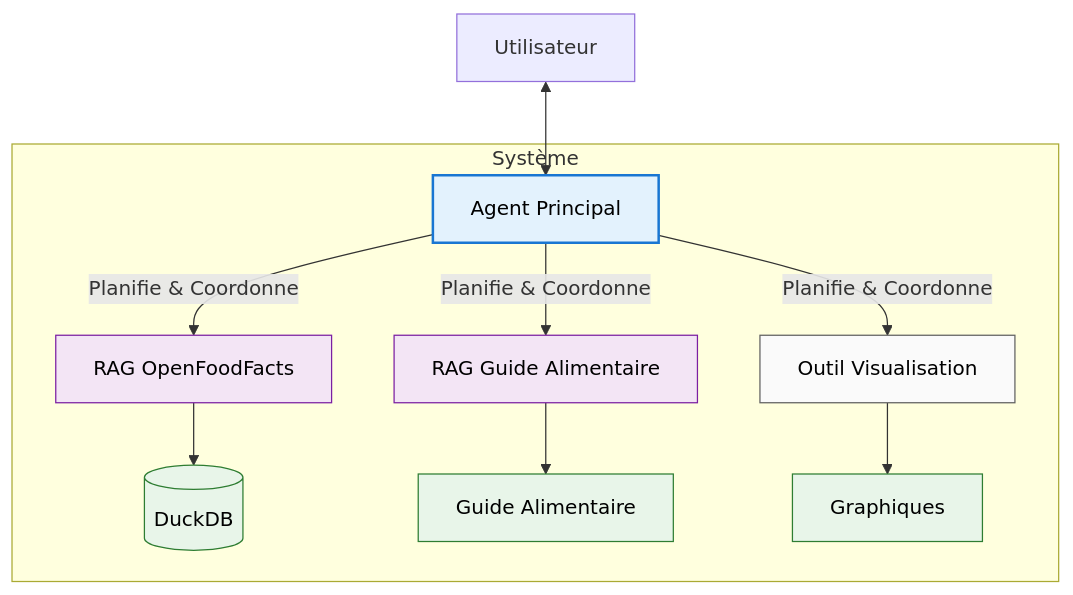
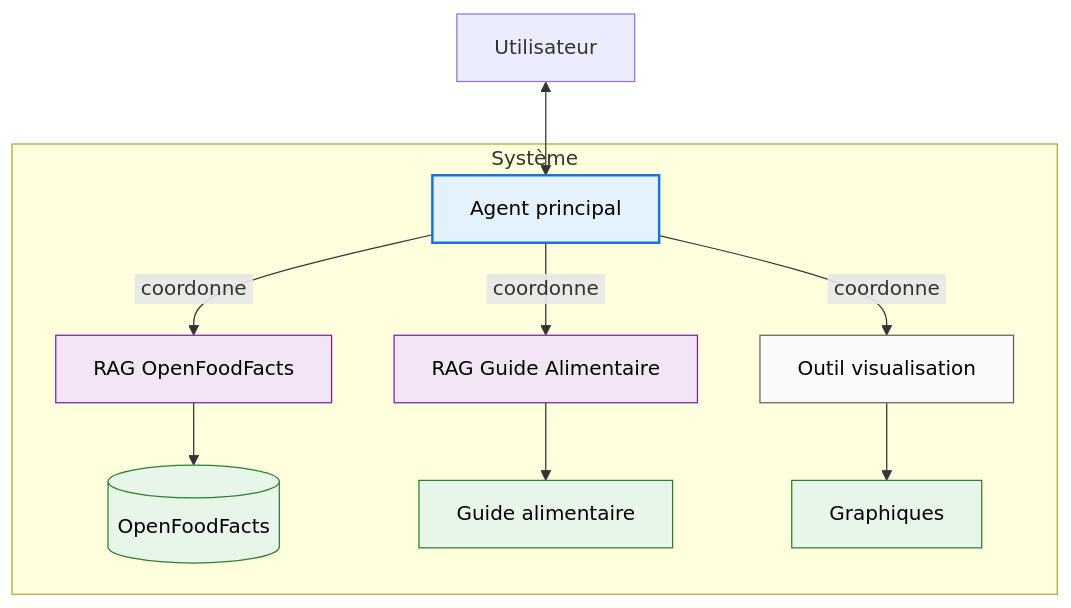
One commit to boisalai/ift-6005 changed the diagram in docs/markdown/plan.md. Above: the diagram before and after it, drawn with Mermaid. The commit also changed other lines of this file, not shown here.

````diff
--- a/docs/markdown/plan.md
+++ b/docs/markdown/plan.md
@@ -56,25 +56,25 @@
 ```mermaid
 graph TD
     %% Classes
     classDef agent fill:#e3f2fd,stroke:#1976d2,color:#000000,stroke-width:2px
     classDef rag fill:#f3e5f5,stroke:#7b1fa2,color:#000000
     classDef tool fill:#fafafa,stroke:#616161,color:#000000
     classDef data fill:#e8f5e9,stroke:#2e7d32,color:#000000
     
-    U["Utilisateur"] <--> AP["Agent Principal"]
+    U["Utilisateur"] <--> AP["Agent principal"]
     
     subgraph Système
-        AP -->|Planifie & Coordonne| RAG1["RAG OpenFoodFacts"]
-        AP -->|Planifie & Coordonne| RAG2["RAG Guide Alimentaire"]
-        AP -->|Planifie & Coordonne| VIZ["Outil Visualisation"]
+        AP -->|&nbsp;coordonne&nbsp;| RAG1["RAG OpenFoodFacts"]
+        AP -->|&nbsp;coordonne&nbsp;| RAG2["RAG Guide Alimentaire"]
+        AP -->|&nbsp;coordonne&nbsp;| VIZ["Outil visualisation"]
         
-        RAG1 --> DB[("DuckDB")]
-        RAG2 --> GUIDE["Guide Alimentaire"]
+        RAG1 --> DB[("OpenFoodFacts")]
+        RAG2 --> GUIDE["Guide alimentaire"]
         VIZ --> PLOT["Graphiques"]
     end
     
     class AP agent
     class RAG1,RAG2 rag
     class VIZ tool
     class DB,GUIDE,PLOT data
 ```
````
